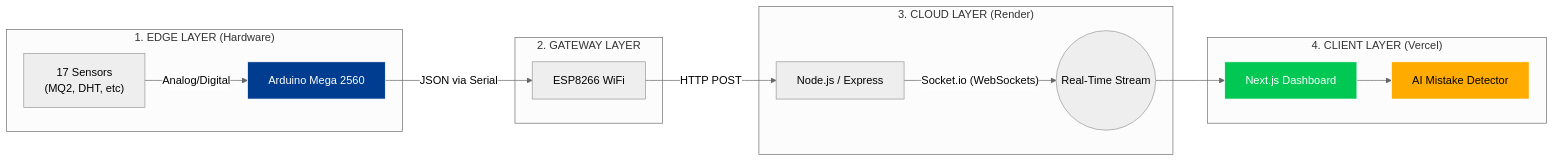
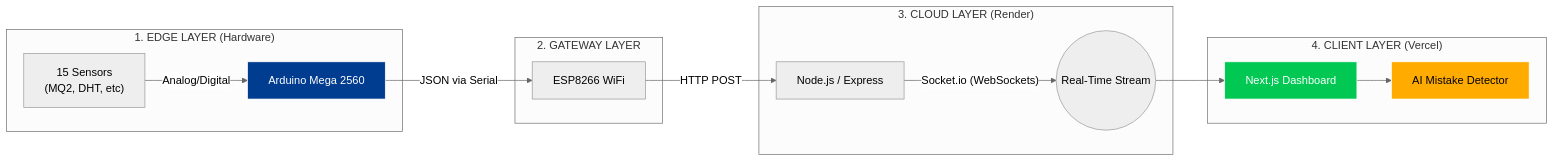
The first of 5 diagrams in documentation/PRESENTATION_ASSETS.md (justinsaju21/AI-Virtual-Sensor-Lab-w-RT-IoT-Data), drawn with Mermaid (neutral theme) before and after one commit. The commit also changed other lines of this file and 35 other files, not shown here.

````diff
--- a/documentation/PRESENTATION_ASSETS.md
+++ b/documentation/PRESENTATION_ASSETS.md
@@ -19,24 +19,24 @@
 ```mermaid
 flowchart LR
     subgraph Hardware ["1. EDGE LAYER (Hardware)"]
-        Sensors["17 Sensors\n(MQ2, DHT, etc)"] -->|"Analog/Digital"| Mega["Arduino Mega 2560"]
+        Sensors["15 Sensors\n(MQ2, DHT, etc)"] -->|"Analog/Digital"| Mega["Arduino Mega 2560"]
     end
 
     subgraph Gateway ["2. GATEWAY LAYER"]
         Mega -->|"JSON via Serial"| ESP["ESP8266 WiFi"]
     end
 
     subgraph Cloud ["3. CLOUD LAYER (Render)"]
         ESP -->|"HTTP POST"| Backend["Node.js / Express"]
         Backend -->|"Socket.io (WebSockets)"| Stream((Real-Time Stream))
     end
 
     subgraph Browser ["4. CLIENT LAYER (Vercel)"]
         Stream --> Dashboard["Next.js Dashboard"]
         Dashboard --> AI["AI Mistake Detector"]
     end
 
     style Mega fill:#003c8f,stroke:#fff,color:#fff
     style Dashboard fill:#00c853,stroke:#fff,color:#fff
     style AI fill:#ffab00,stroke:#fff,color:#white
 ```
````
